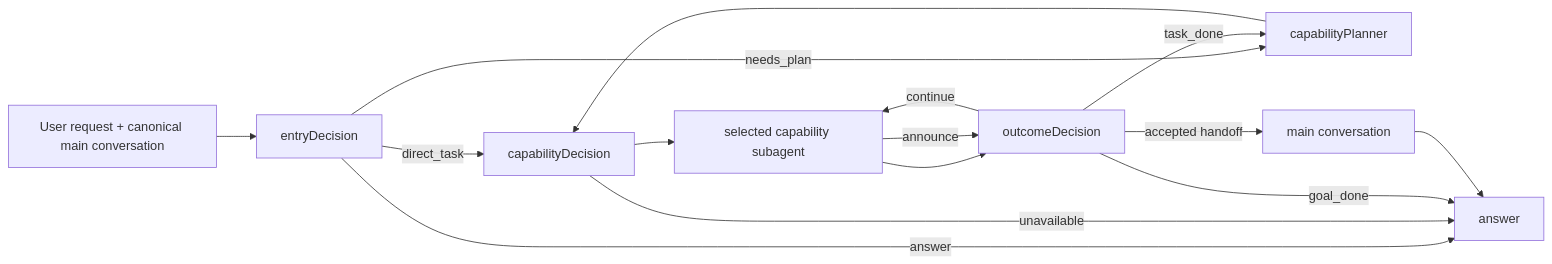
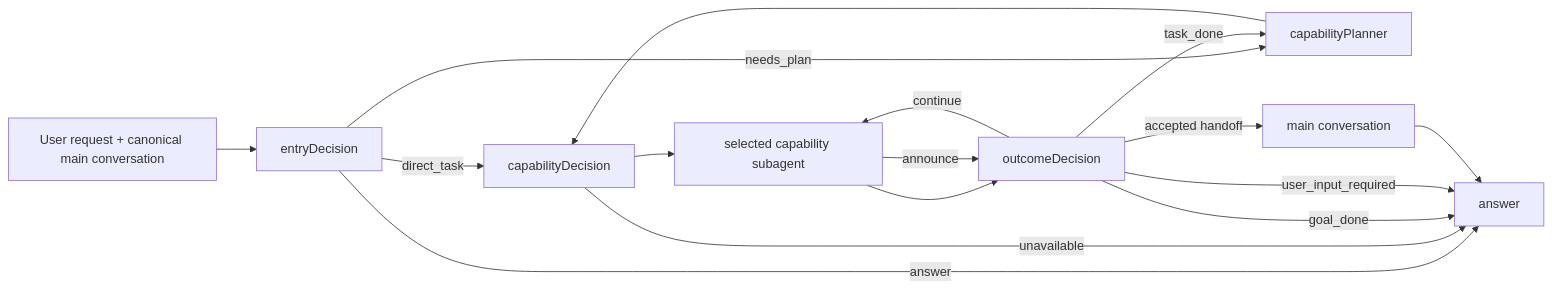
Before and after one commit to pinpawo/pinpawo-agent: the diagram in docs/wiki/overview.md, drawn with Mermaid. The commit also changed other lines of this file and 9 other files, not shown here.

````diff
--- a/docs/wiki/overview.md
+++ b/docs/wiki/overview.md
@@ -30,17 +31,18 @@
 ```mermaid
 flowchart LR
   U["User request + canonical main conversation"] --> E["entryDecision"]
   E -->|answer| A["answer"]
   E -->|direct_task| C["capabilityDecision"]
   E -->|needs_plan| P["capabilityPlanner"]
   P --> C
   C --> X["selected capability subagent"]
   C -->|unavailable| A
   X --> O["outcomeDecision"]
   O -->|continue| X
   O -->|task_done| P
   O -->|goal_done| A
+  O -->|user_input_required| A
   X -->|announce| O
   O -->|accepted handoff| M["main conversation"]
   M --> A
 ```
````
